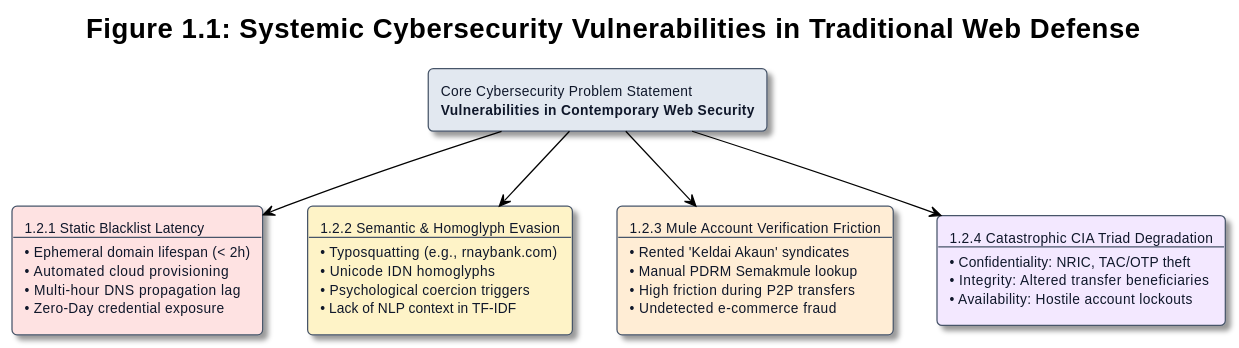
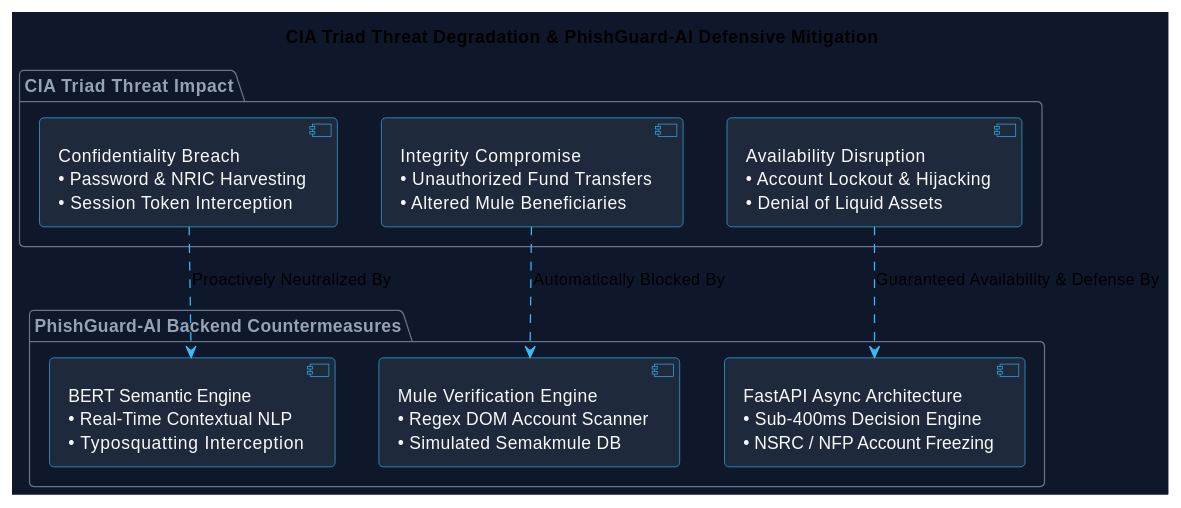
One commit to KunTheNoobie/PhishGuard-AI-Complete changed the first of 4 diagrams in report/Chapter_1_Introduction.md. Above: the diagram before and after it, drawn with PlantUML. The commit also changed other lines of this file and 2 other files, not shown here.

Commit message:
docs(report): complete Front Matter and Chapter 1 Introduction with rigorous academic expansion and embedded PlantUML diagrams

````diff
--- a/report/Chapter_1_Introduction.md
+++ b/report/Chapter_1_Introduction.md
@@ -127,30 +191,31 @@
 ```plantuml
-@startuml Figure_1_1_Problem_Statement
-!theme plain
-skinparam backgroundColor #FFFFFF
-skinparam defaultFontName "Arial"
-skinparam defaultFontSize 11
-skinparam roundCorner 8
-skinparam shadowing true
+@startuml CIA_Triad_Vulnerability_Model
+!theme vibrant
+skinparam backgroundColor #0f172a
+skinparam ArrowColor #38bdf8
+skinparam ComponentBorderColor #38bdf8
+skinparam ComponentBackgroundColor #1e293b
+skinparam ComponentFontColor #f8fafc
+skinparam PackageBorderColor #64748b
+skinparam PackageFontColor #94a3b8
 
-skinparam rectangle {
-    BackgroundColor #F8FAFC
-    BorderColor #475569
-    FontColor #0F172A
+title CIA Triad Threat Degradation & PhishGuard-AI Defensive Mitigation
+
+package "CIA Triad Threat Impact" {
+    [Confidentiality Breach\n• Password & NRIC Harvesting\n• Session Token Interception] as ConfThreat
+    [Integrity Compromise\n• Unauthorized Fund Transfers\n• Altered Mule Beneficiaries] as IntegThreat
+    [Availability Disruption\n• Account Lockout & Hijacking\n• Denial of Liquid Assets] as AvailThreat
 }
 
-title Figure 1.1: Systemic Cybersecurity Vulnerabilities in Traditional Web Defense
+package "PhishGuard-AI Backend Countermeasures" {
+    [BERT Semantic Engine\n• Real-Time Contextual NLP\n• Typosquatting Interception] as BERTSolution
+    [Mule Verification Engine\n• Regex DOM Account Scanner\n• Simulated Semakmule DB] as MuleSolution
+    [FastAPI Async Architecture\n• Sub-400ms Decision Engine\n• NSRC / NFP Account Freezing] as APISolution
+}
 
-rectangle "Core Cybersecurity Problem Statement\n**Vulnerabilities in Contemporary Web Security**" as Root #E2E8F0
+ConfThreat .down.> BERTSolution : Proactively Neutralized By
+IntegThreat .down.> MuleSolution : Automatically Blocked By
+AvailThreat .down.> APISolution : Guaranteed Availability & Defense By
 
-rectangle "1.2.1 Static Blacklist Latency\n--\n• Ephemeral domain lifespan (< 2h)\n• Automated cloud provisioning\n• Multi-hour DNS propagation lag\n• Zero-Day credential exposure" as P1 #FEE2E2
-rectangle "1.2.2 Semantic & Homoglyph Evasion\n--\n• Typosquatting (e.g., rnaybank.com)\n• Unicode IDN homoglyphs\n• Psychological coercion triggers\n• Lack of NLP context in TF-IDF" as P2 #FEF3C7
-rectangle "1.2.3 Mule Account Verification Friction\n--\n• Rented 'Keldai Akaun' syndicates\n• Manual PDRM Semakmule lookup\n• High friction during P2P transfers\n• Undetected e-commerce fraud" as P3 #FFEDD5
-rectangle "1.2.4 Catastrophic CIA Triad Degradation\n--\n• Confidentiality: NRIC, TAC/OTP theft\n• Integrity: Altered transfer beneficiaries\n• Availability: Hostile account lockouts" as P4 #F3E8FF
-
-Root -down-> P1
-Root -down-> P2
-Root -down-> P3
-Root -down-> P4
 @enduml
 ```
````
